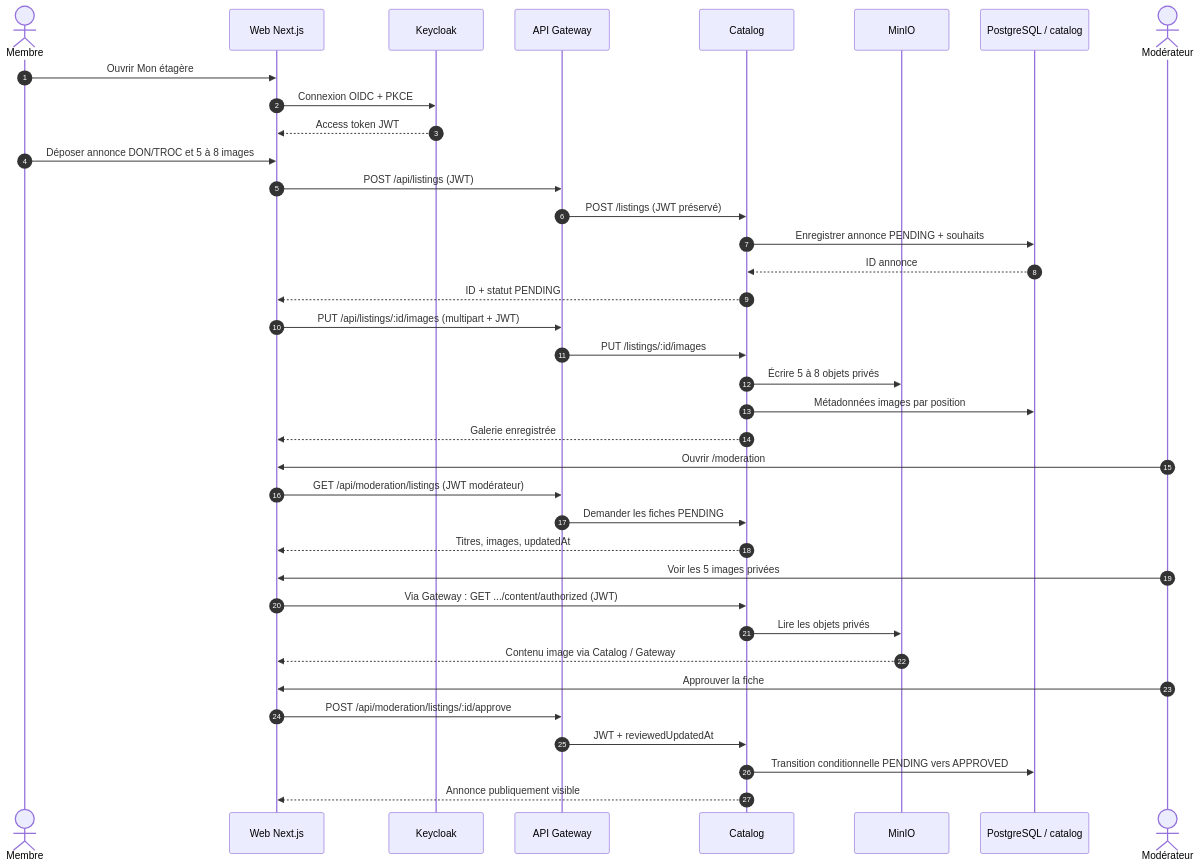
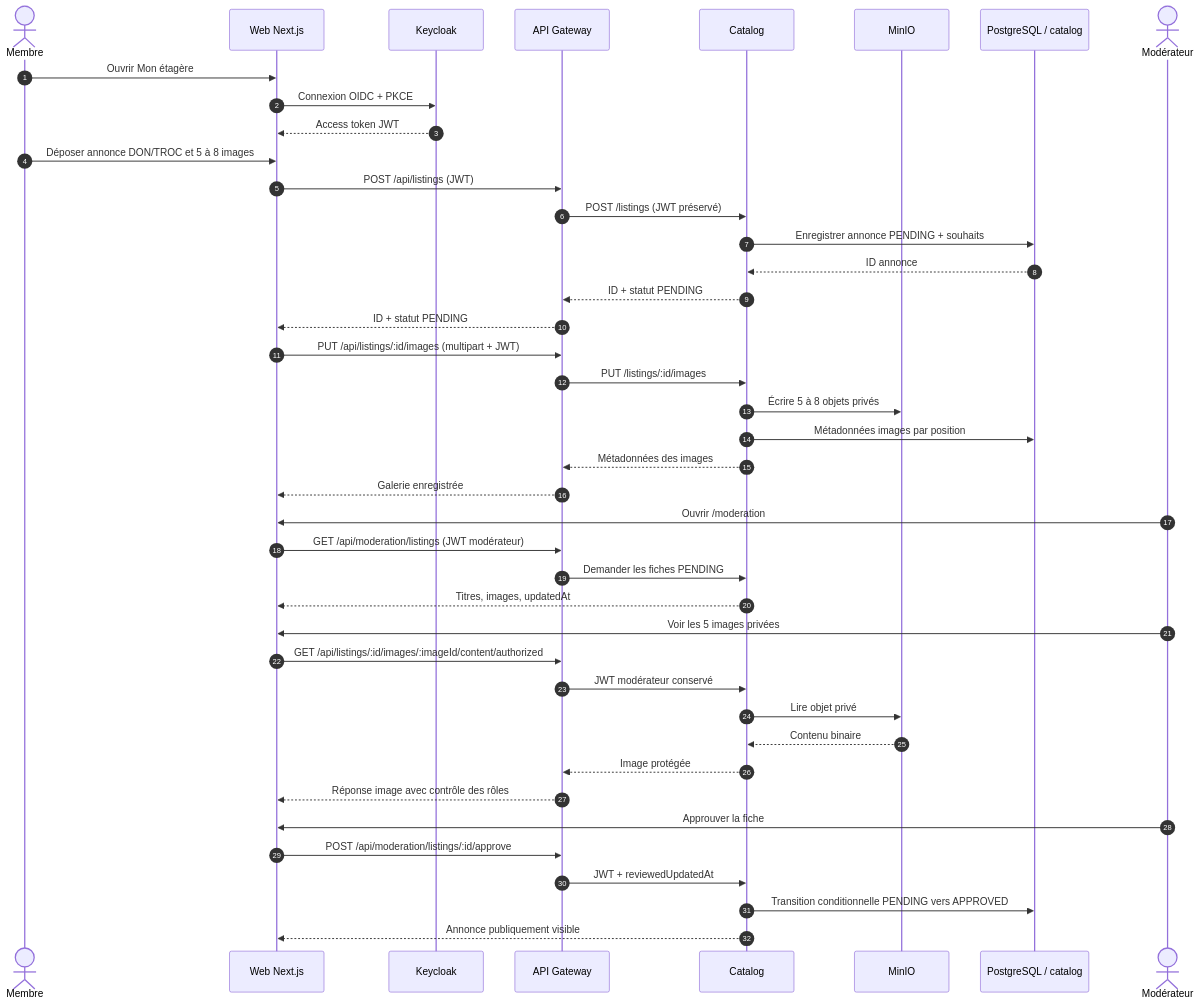
The second of 6 diagrams in docs/24-m10-architecture-finale.md (BALLOPROTEL/Projet_indiV26-espace-com-troc-don), drawn with Mermaid before and after one commit.

Commit message:
docs(#57): show actual Gateway hops in moderation and image upload sequence

````diff
--- a/docs/24-m10-architecture-finale.md
+++ b/docs/24-m10-architecture-finale.md
@@ -60,40 +60,45 @@
 ```mermaid
 sequenceDiagram
     autonumber
     actor Member as Membre
     participant Web as Web Next.js
     participant KC as Keycloak
     participant GW as API Gateway
     participant Cat as Catalog
     participant Min as MinIO
     participant DB as PostgreSQL / catalog
     actor Mod as Modérateur
 
     Member->>Web: Ouvrir Mon étagère
     Web->>KC: Connexion OIDC + PKCE
     KC-->>Web: Access token JWT
     Member->>Web: Déposer annonce DON/TROC et 5 à 8 images
     Web->>GW: POST /api/listings (JWT)
     GW->>Cat: POST /listings (JWT préservé)
     Cat->>DB: Enregistrer annonce PENDING + souhaits
     DB-->>Cat: ID annonce
-    Cat-->>Web: ID + statut PENDING
+    Cat-->>GW: ID + statut PENDING
+    GW-->>Web: ID + statut PENDING
     Web->>GW: PUT /api/listings/:id/images (multipart + JWT)
     GW->>Cat: PUT /listings/:id/images
     Cat->>Min: Écrire 5 à 8 objets privés
     Cat->>DB: Métadonnées images par position
-    Cat-->>Web: Galerie enregistrée
+    Cat-->>GW: Métadonnées des images
+    GW-->>Web: Galerie enregistrée
     Mod->>Web: Ouvrir /moderation
     Web->>GW: GET /api/moderation/listings (JWT modérateur)
     GW->>Cat: Demander les fiches PENDING
     Cat-->>Web: Titres, images, updatedAt
     Mod->>Web: Voir les 5 images privées
-    Web->>Cat: Via Gateway : GET .../content/authorized (JWT)
-    Cat->>Min: Lire les objets privés
-    Min-->>Web: Contenu image via Catalog / Gateway
+    Web->>GW: GET /api/listings/:id/images/:imageId/content/authorized
+    GW->>Cat: JWT modérateur conservé
+    Cat->>Min: Lire objet privé
+    Min-->>Cat: Contenu binaire
+    Cat-->>GW: Image protégée
+    GW-->>Web: Réponse image avec contrôle des rôles
     Mod->>Web: Approuver la fiche
     Web->>GW: POST /api/moderation/listings/:id/approve
     GW->>Cat: JWT + reviewedUpdatedAt
     Cat->>DB: Transition conditionnelle PENDING vers APPROVED
     Cat-->>Web: Annonce publiquement visible
 ```
````
